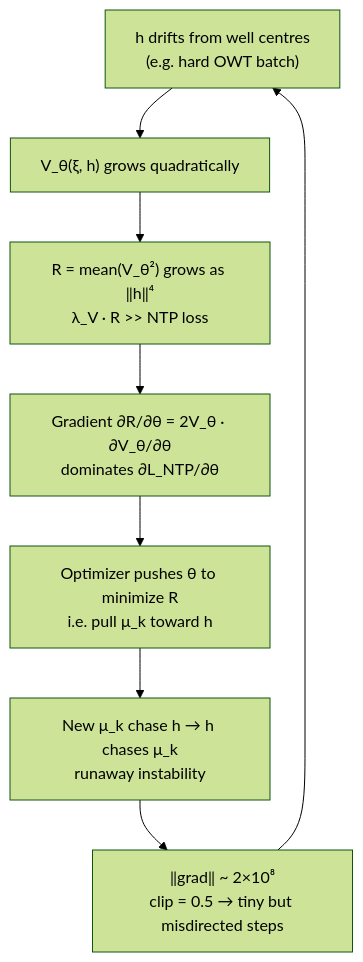
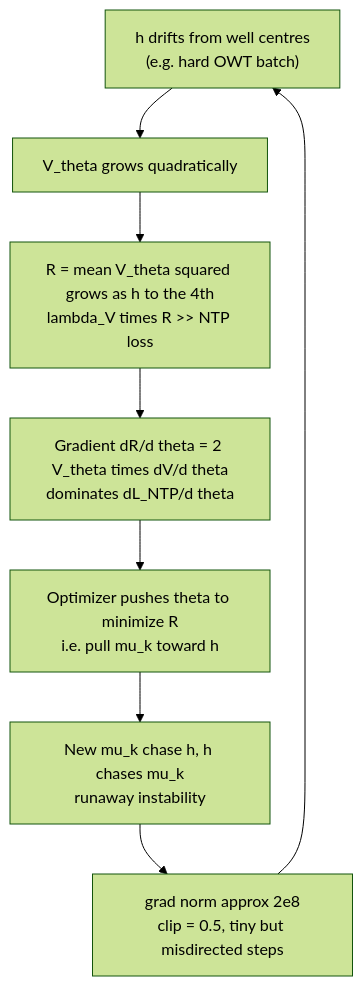
One commit to dimitarpg13/semsimula-paper changed the first of 6 diagrams in companion_notes/Training_Instabilities_in_Fock-PARFLM_with_structured_V_theta.md. Above: the diagram before and after it, drawn with Mermaid (forest theme). The commit also changed other lines of this file and 2 other files, not shown here.

````diff
--- a/companion_notes/Training_Instabilities_in_Fock-PARFLM_with_structured_V_theta.md
+++ b/companion_notes/Training_Instabilities_in_Fock-PARFLM_with_structured_V_theta.md
@@ -109,12 +110,18 @@
 ```mermaid
 flowchart TD
     A["h drifts from well centres<br>(e.g. hard OWT batch)"]
-    B["V_θ(ξ, h) grows quadratically"]
-    C["R = mean(V_θ²) grows as ‖h‖⁴<br>λ_V · R >> NTP loss"]
-    D["Gradient ∂R/∂θ = 2V_θ · ∂V_θ/∂θ<br>dominates ∂L_NTP/∂θ"]
-    E["Optimizer pushes θ to minimize R<br>i.e. pull μ_k toward h"]
-    F["New μ_k chase h → h chases μ_k<br>runaway instability"]
-    G["‖grad‖ ~ 2×10⁸<br>clip = 0.5 → tiny but misdirected steps"]
+    B["V_theta grows quadratically"]
+    C["R = mean V_theta squared grows as h to the 4th<br>lambda_V times R >> NTP loss"]
+    D["Gradient dR/d theta = 2 V_theta times dV/d theta<br>dominates dL_NTP/d theta"]
+    E["Optimizer pushes theta to minimize R<br>i.e. pull mu_k toward h"]
+    F["New mu_k chase h, h chases mu_k<br>runaway instability"]
+    G["grad norm approx 2e8<br>clip = 0.5, tiny but misdirected steps"]
 
-    A --> B --> C --> D --> E --> F --> G --> A
+    A --> B
+    B --> C
+    C --> D
+    D --> E
+    E --> F
+    F --> G
+    G --> A
 ```
````
